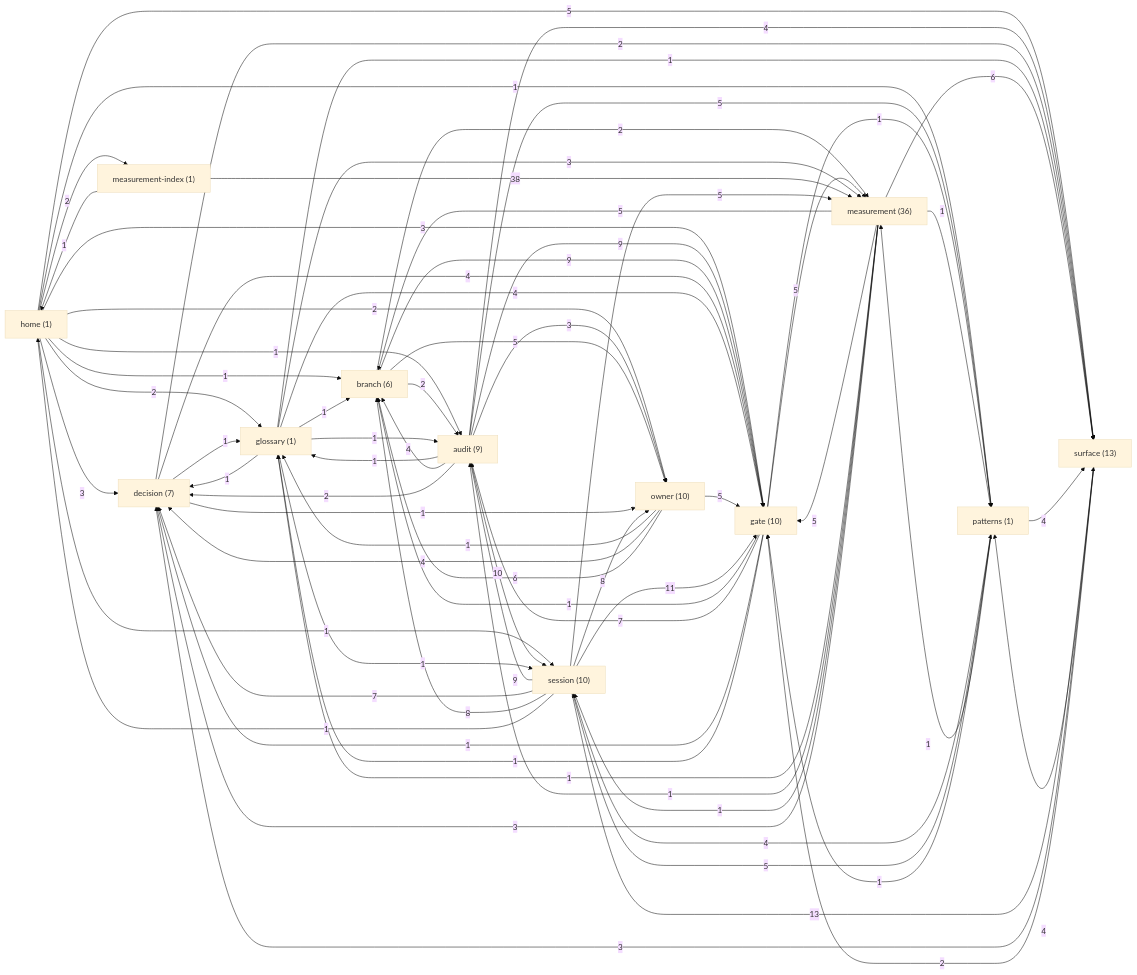
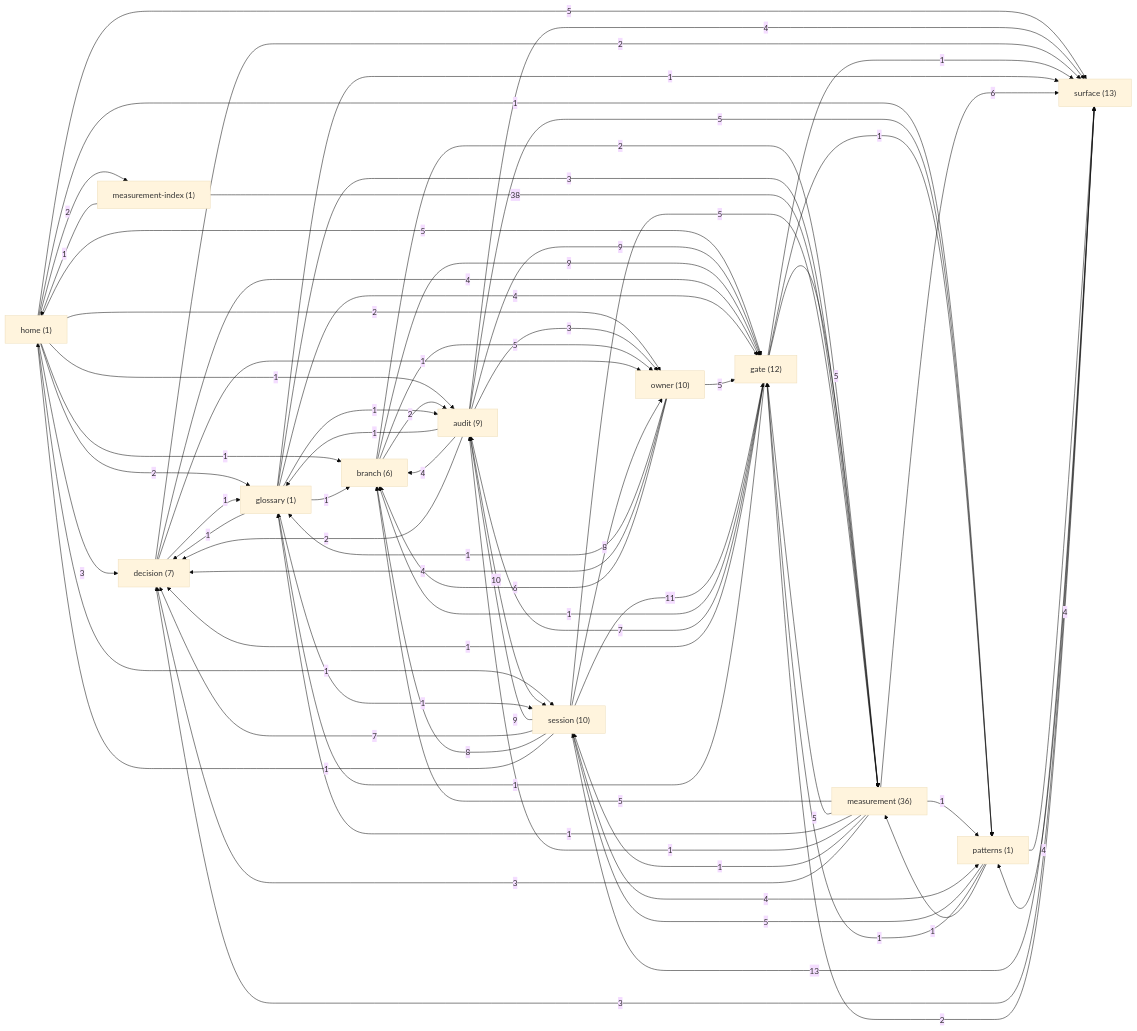
The diagram in docs/brain/GRAPH.md (sergey9519546/STORYMACHINE), drawn with Mermaid (base theme) before and after one commit. The commit also changed other lines of this file and 7 other files, not shown here.

```diff
--- a/docs/brain/GRAPH.md
+++ b/docs/brain/GRAPH.md
@@ -12,7 +12,7 @@
   audit["audit (9)"]
   branch["branch (6)"]
   decision["decision (7)"]
-  gate["gate (10)"]
+  gate["gate (12)"]
   glossary["glossary (1)"]
   measurement["measurement (36)"]
   measurement_index["measurement-index (1)"]
@@ -22,7 +22,7 @@
   surface["surface (13)"]
   home -->|3| decision
   home -->|2| glossary
-  home -->|3| gate
+  home -->|5| gate
   home -->|2| measurement_index
   home -->|2| owner
   home -->|5| surface
@@ -52,6 +52,7 @@
   gate -->|5| measurement
   gate -->|1| patterns
   gate -->|1| glossary
+  gate -->|1| surface
   glossary -->|1| branch
   glossary -->|3| measurement
   glossary -->|1| surface
```
